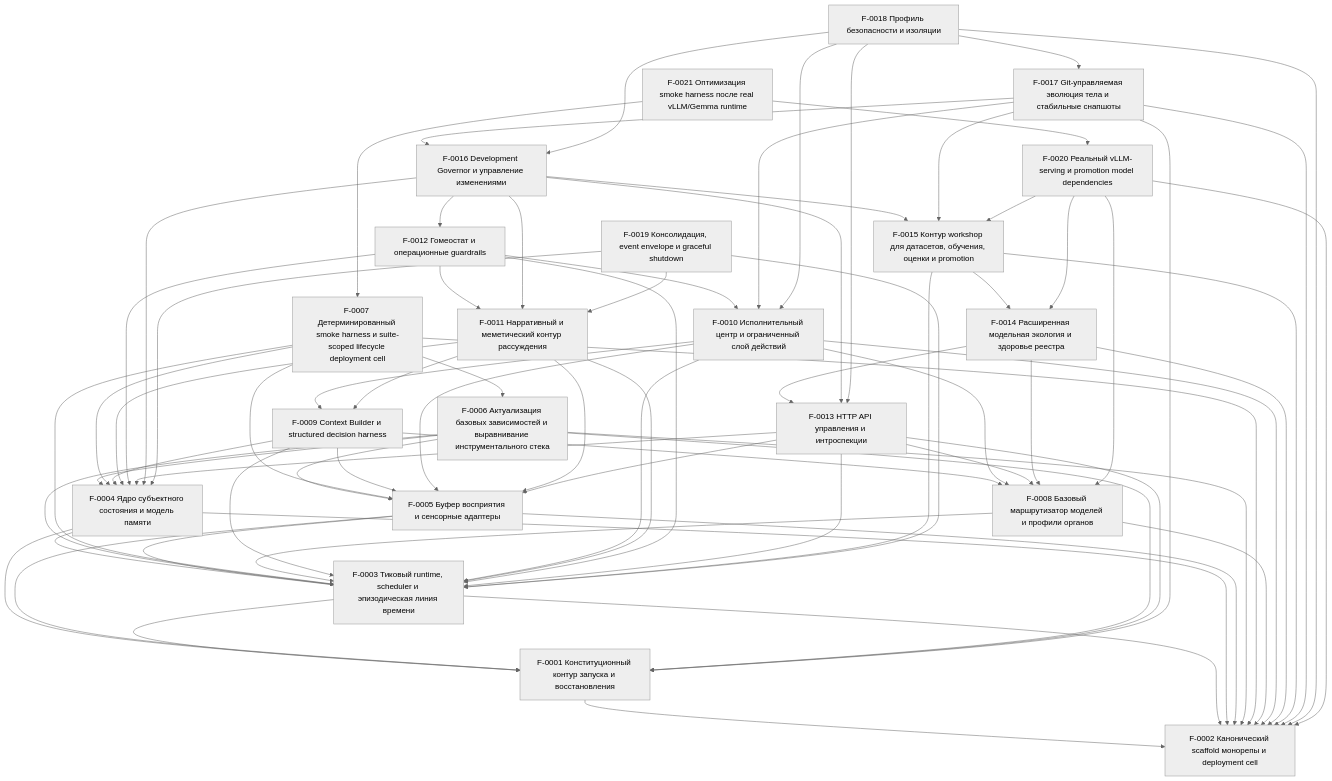
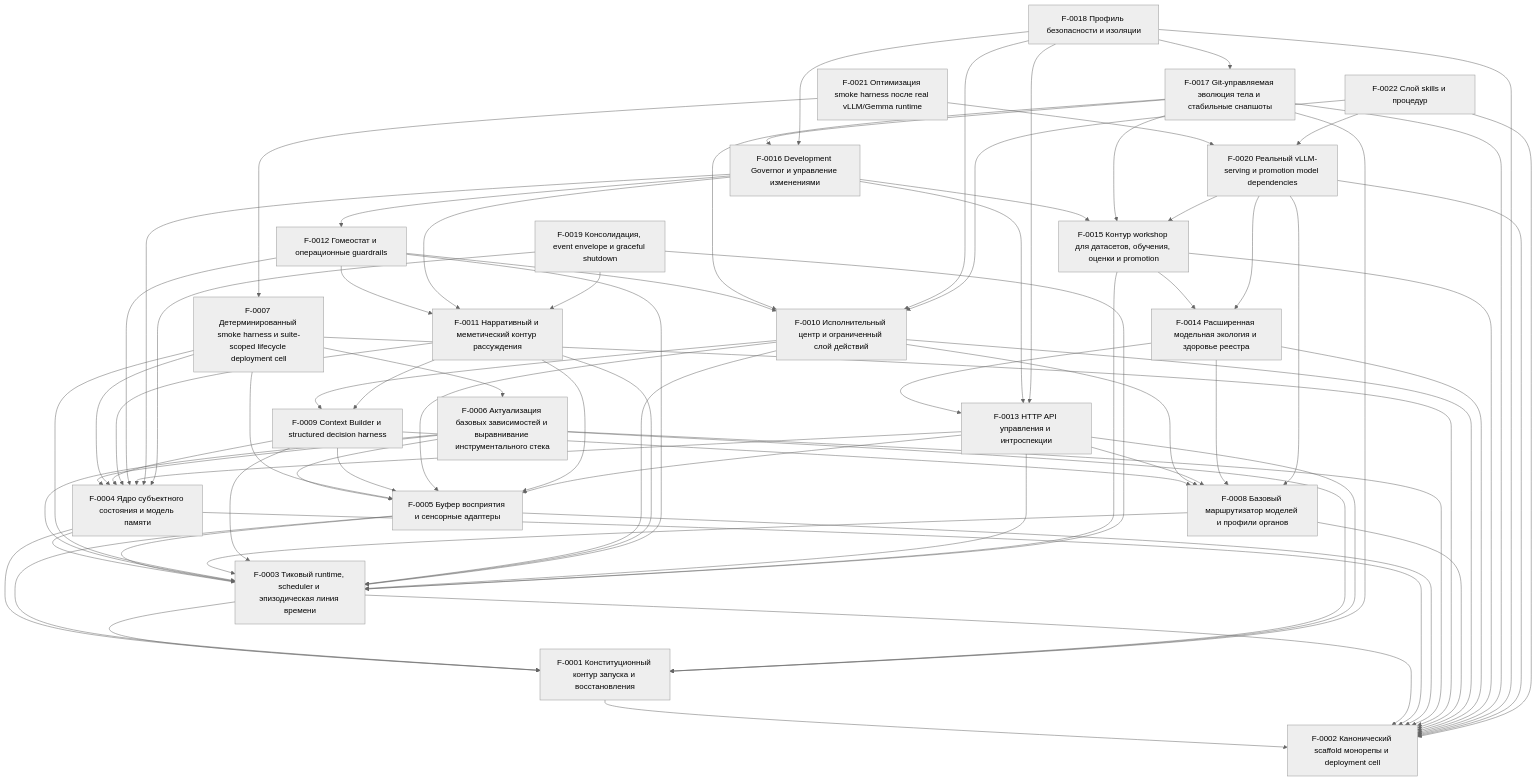
One commit to kostysh/yaagi changed the diagram in docs/ssot/index.md. Above: the diagram before and after it, drawn with Mermaid (neutral theme). The commit also changed other lines of this file and 5 other files, not shown here.

````diff
--- a/docs/ssot/index.md
+++ b/docs/ssot/index.md
@@ -59,6 +60,7 @@
   F0019["F-0019 Консолидация, event envelope и graceful shutdown"]
   F0020["F-0020 Реальный vLLM-serving и promotion model dependencies"]
   F0021["F-0021 Оптимизация smoke harness после real vLLM/Gemma runtime"]
+  F0022["F-0022 Слой skills и процедур"]
   F0001 --> F0002
   F0003 --> F0001
   F0003 --> F0002
@@ -132,4 +134,7 @@
   F0020 --> F0015
   F0021 --> F0007
   F0021 --> F0020
+  F0022 --> F0002
+  F0022 --> F0010
+  F0022 --> F0020
 ```
````
